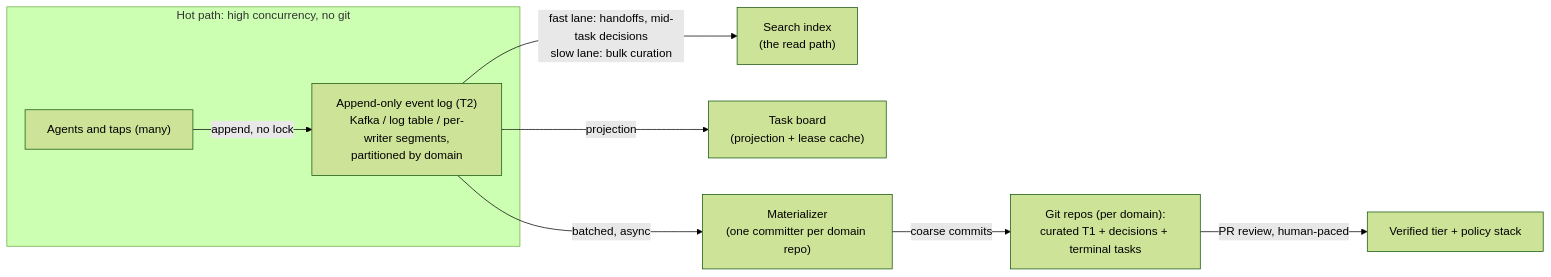
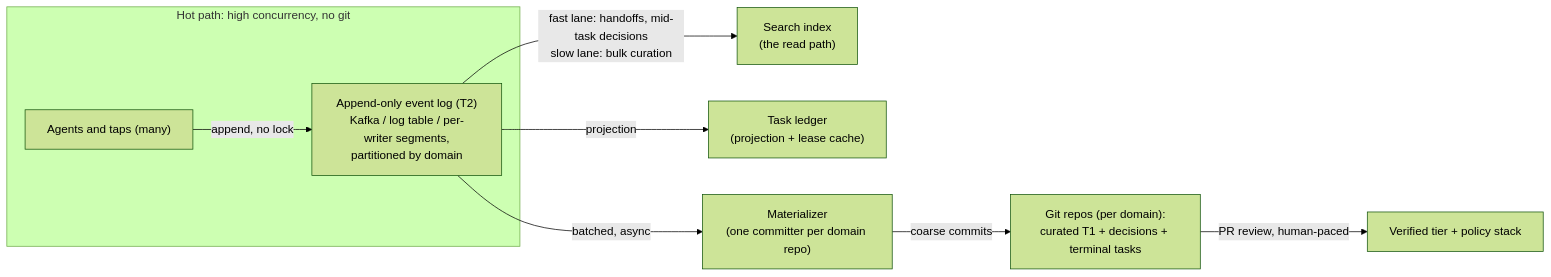
Before and after one commit to apache/tooling-memory: the second of 14 diagrams in docs/durable-memory-for-disposable-agents.md, drawn with Mermaid (forest theme). The commit also changed other lines of this file and 1 other file, not shown here.

First line of the commit message:
Rename the task board to the task ledger

````diff
--- a/docs/durable-memory-for-disposable-agents.md
+++ b/docs/durable-memory-for-disposable-agents.md
@@ -180,11 +180,11 @@
 ```mermaid
 flowchart LR
     subgraph HOT["Hot path: high concurrency, no git"]
         A1["Agents and taps (many)"] -->|append, no lock| LOG["Append-only event log (T2)<br/>Kafka / log table / per-writer segments,<br/>partitioned by domain"]
     end
     LOG -->|"fast lane: handoffs, mid-task decisions<br/>slow lane: bulk curation"| IX["Search index<br/>(the read path)"]
-    LOG -->|projection| BRD["Task board<br/>(projection + lease cache)"]
+    LOG -->|projection| BRD["Task ledger<br/>(projection + lease cache)"]
     LOG -->|batched, async| MAT["Materializer<br/>(one committer per domain repo)"]
     MAT -->|coarse commits| GIT["Git repos (per domain):<br/>curated T1 + decisions + terminal tasks"]
     GIT -->|PR review, human-paced| VER["Verified tier + policy stack"]
 ```
````
